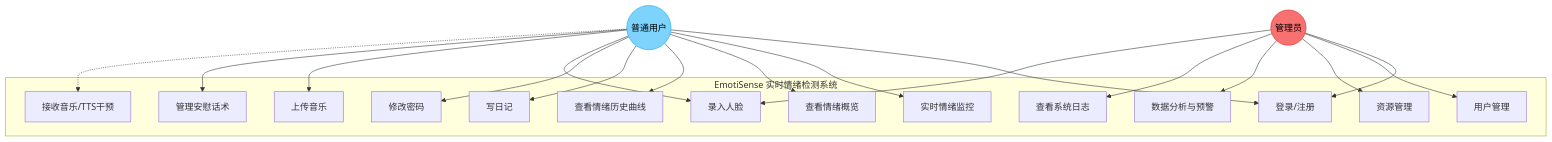
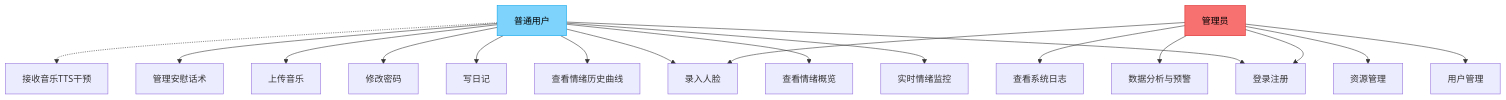
The diagram in docs/system_use_case_diagram.md (mike12-design/-EmotiSense---Real-time-Emotion-Detection-System), drawn with Mermaid before and after one commit. The commit also changed other lines of this file, not shown here.

Commit message:
fix: 用例图改用 flowchart TD + 去中文子图和圆柱节点，兼容更多 Mermaid 版本

````diff
--- a/docs/system_use_case_diagram.md
+++ b/docs/system_use_case_diagram.md
@@ -3,43 +3,47 @@
 ```mermaid
-graph TD
-    subgraph EmotiSense 实时情绪检测系统
-        UC1[登录/注册]
-        UC2[实时情绪监控]
-        UC3[查看情绪概览]
-        UC4[查看情绪历史曲线]
-        UC5[写日记]
-        UC6[修改密码]
-        UC7[录入人脸]
-        UC8[上传音乐]
-        UC9[管理安慰话术]
-        UC10[接收音乐/TTS干预]
-        UC11[用户管理]
-        UC12[资源管理]
-        UC13[数据分析与预警]
-        UC14[查看系统日志]
-    end
+flowchart TD
+    %% ===== 用户用例 =====
+    UC1[登录注册]
+    UC2[实时情绪监控]
+    UC3[查看情绪概览]
+    UC4[查看情绪历史曲线]
+    UC5[写日记]
+    UC6[修改密码]
+    UC7[录入人脸]
+    UC8[上传音乐]
+    UC9[管理安慰话术]
+    UC10[接收音乐TTS干预]
 
-    User((普通用户))
-    Admin((管理员))
+    %% ===== 管理员用例 =====
+    UC11[用户管理]
+    UC12[资源管理]
+    UC13[数据分析与预警]
+    UC14[查看系统日志]
 
+    %% ===== 角色 =====
+    User["普通用户"]
+    Admin["管理员"]
+
+    %% ===== 关联 =====
     User --> UC1
     User --> UC2
     User --> UC3
     User --> UC4
     User --> UC5
     User --> UC6
     User --> UC7
     User --> UC8
     User --> UC9
     User -.-> UC10
 
     Admin --> UC1
     Admin --> UC11
     Admin --> UC12
     Admin --> UC13
     Admin --> UC14
     Admin --> UC7
 
+    %% ===== 样式 =====
     style User fill:#7dd3fc,stroke:#0ea5e9,color:#000
     style Admin fill:#f87171,stroke:#dc2626,color:#000
 ```
````
